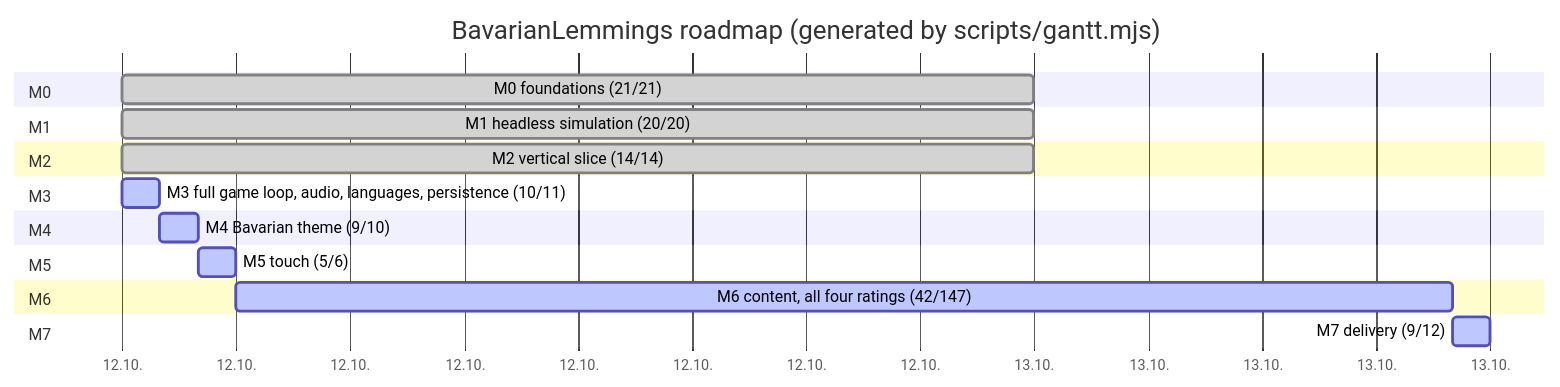
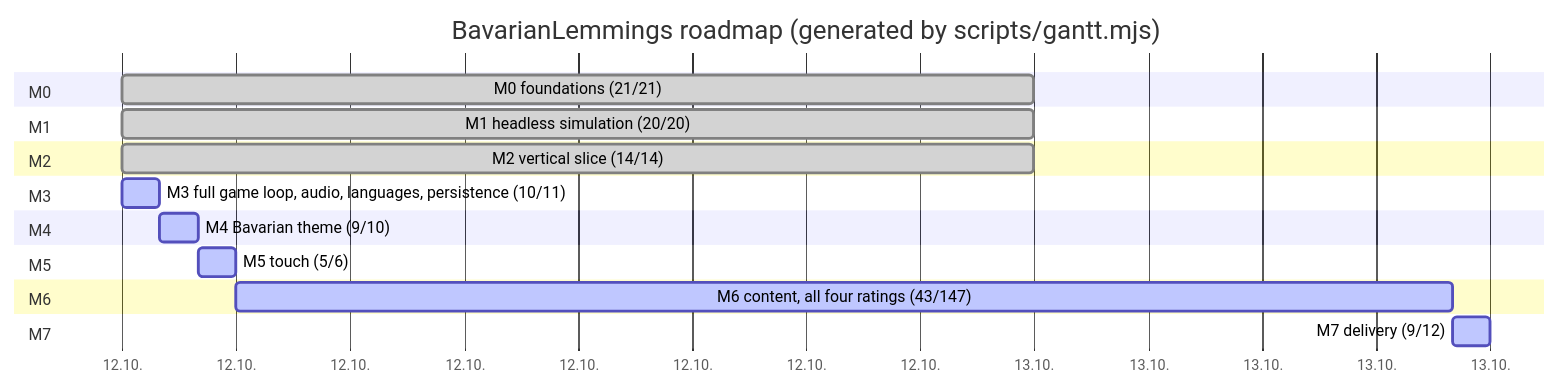
Before and after one commit to marcelpetrick/BavarianLemmings: the diagram in plan.md, drawn with Mermaid. The commit also changed other lines of this file and 3 other files, not shown here.

````diff
--- a/plan.md
+++ b/plan.md
@@ -43,22 +43,22 @@
 ```mermaid
 gantt
     title BavarianLemmings roadmap (generated by scripts/gantt.mjs)
     dateFormat  YYYY-MM-DD
     axisFormat  %d.%m.
     section M0
     M0 foundations (21/21) :done, m0, 2026-10-12, 1d
     section M1
     M1 headless simulation (20/20) :done, m1, 2026-10-12, 1d
     section M2
     M2 vertical slice (14/14) :done, m2, 2026-10-12, 1d
     section M3
     M3 full game loop, audio, languages, persistence (10/11) :active, m3, 2026-10-12, 1h
     section M4
     M4 Bavarian theme (9/10) :active, m4, after m3, 1h
     section M5
     M5 touch (5/6) :active, m5, after m4, 1h
     section M6
-    M6 content, all four ratings (42/147) :active, m6, after m5, 32h
+    M6 content, all four ratings (43/147) :active, m6, after m5, 32h
     section M7
     M7 delivery (9/12) :active, m7, after m6, 1h
 ```
````
